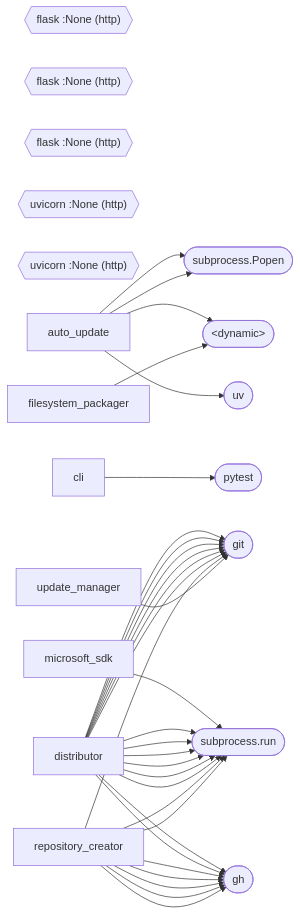
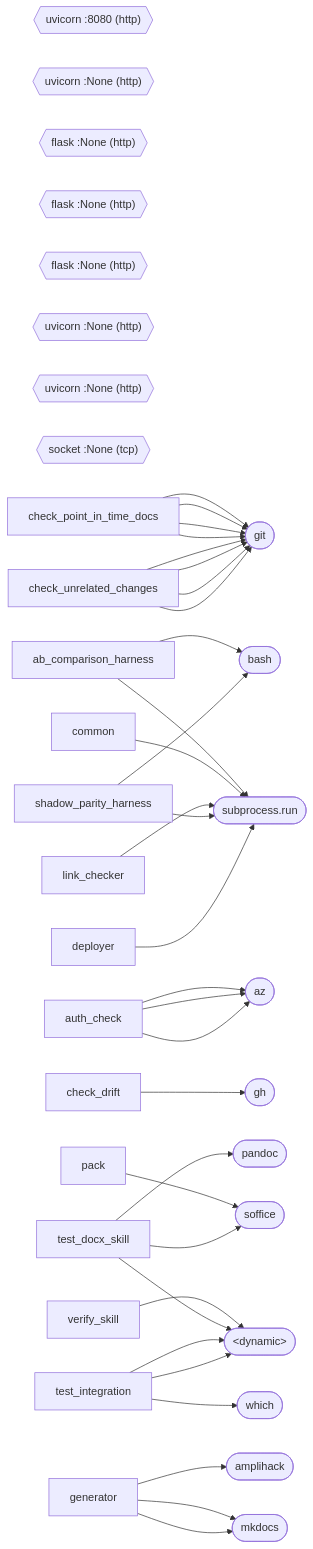
The diagram in docs/atlas/runtime-topology/runtime-topology.mmd (rysweet/amplihack), drawn with Mermaid before and after one commit. The commit also changed 27 other files, not shown here.

```diff
--- a/docs/atlas/runtime-topology/runtime-topology.mmd
+++ b/docs/atlas/runtime-topology/runtime-topology.mmd
@@ -1,50 +1,64 @@
 graph LR
-    S0(["subprocess.run"])
-    S1(["uv"])
-    S2(["subprocess.Popen"])
-    S3(["&lt;dynamic&gt;"])
-    S4(["pytest"])
-    S5(["gh"])
-    S6(["git"])
-    B0{{"flask :None (http)"}}
-    B1{{"flask :None (http)"}}
+    S0(["git"])
+    S1(["bash"])
+    S2(["subprocess.run"])
+    S3(["az"])
+    S4(["gh"])
+    S5(["soffice"])
+    S6(["&lt;dynamic&gt;"])
+    S7(["mkdocs"])
+    S8(["amplihack"])
+    S9(["pandoc"])
+    S10(["which"])
+    B0{{"uvicorn :8080 (http)"}}
+    B1{{"uvicorn :None (http)"}}
     B2{{"flask :None (http)"}}
-    B3{{"uvicorn :None (http)"}}
-    B4{{"uvicorn :None (http)"}}
-    FN0["microsoft_sdk"]
+    B3{{"flask :None (http)"}}
+    B4{{"flask :None (http)"}}
+    B5{{"uvicorn :None (http)"}}
+    B6{{"uvicorn :None (http)"}}
+    B7{{"socket :None (tcp)"}}
+    FN0["check_point_in_time_docs"]
     FN0 --> S0
-    FN1["auto_update"]
-    FN1 --> S1
-    FN1 --> S2
-    FN1 --> S3
-    FN1 --> S2
-    FN2["cli"]
-    FN2 --> S4
-    FN3["distributor"]
-    FN3 --> S5
-    FN3 --> S0
-    FN3 --> S0
-    FN3 --> S5
-    FN3 --> S0
-    FN3 --> S6
-    FN3 --> S6
-    FN3 --> S6
-    FN3 --> S6
-    FN3 --> S0
-    FN3 --> S0
-    FN3 --> S0
-    FN3 --> S6
-    FN3 --> S6
-    FN4["filesystem_packager"]
-    FN4 --> S3
-    FN5["repository_creator"]
-    FN5 --> S5
-    FN5 --> S5
-    FN5 --> S0
-    FN5 --> S0
-    FN5 --> S5
-    FN5 --> S5
-    FN5 --> S6
-    FN5 --> S5
-    FN6["update_manager"]
-    FN6 --> S6
+    FN0 --> S0
+    FN0 --> S0
+    FN0 --> S0
+    FN1["check_unrelated_changes"]
+    FN1 --> S0
+    FN1 --> S0
+    FN1 --> S0
+    FN1 --> S0
+    FN2["ab_comparison_harness"]
+    FN2 --> S1
+    FN2 --> S2
+    FN3["auth_check"]
+    FN3 --> S3
+    FN3 --> S3
+    FN3 --> S3
+    FN4["common"]
+    FN4 --> S2
+    FN5["link_checker"]
+    FN5 --> S2
+    FN6["shadow_parity_harness"]
+    FN6 --> S1
+    FN6 --> S2
+    FN7["check_drift"]
+    FN7 --> S4
+    FN8["pack"]
+    FN8 --> S5
+    FN9["verify_skill"]
+    FN9 --> S6
+    FN10["deployer"]
+    FN10 --> S2
+    FN11["generator"]
+    FN11 --> S7
+    FN11 --> S7
+    FN11 --> S8
+    FN12["test_docx_skill"]
+    FN12 --> S5
+    FN12 --> S6
+    FN12 --> S9
+    FN13["test_integration"]
+    FN13 --> S10
+    FN13 --> S6
+    FN13 --> S6
```
